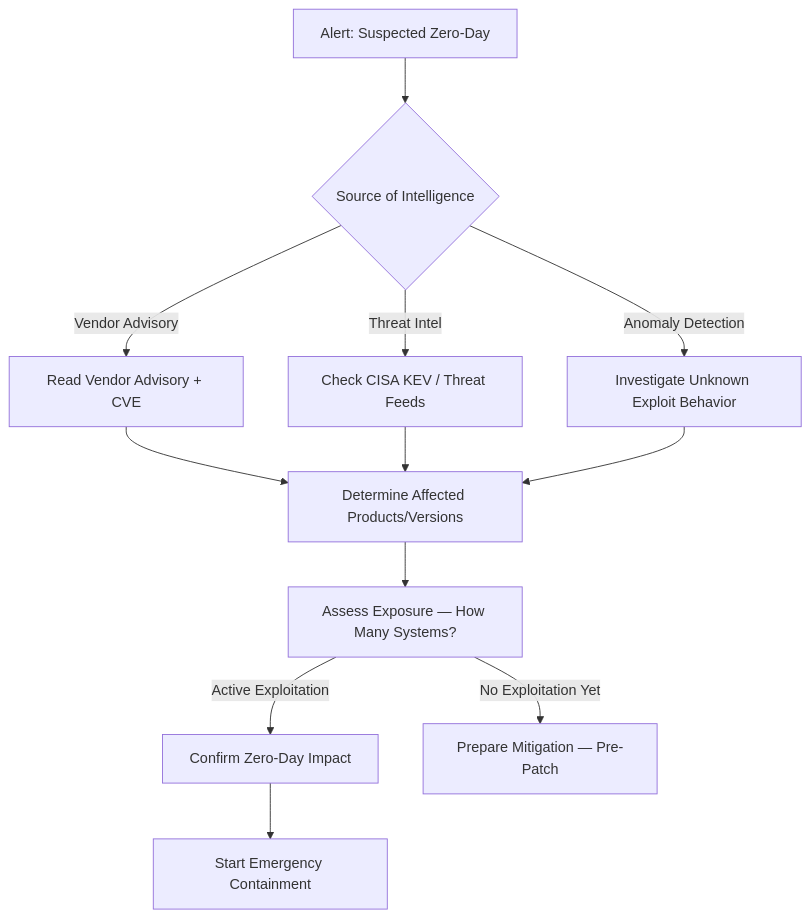
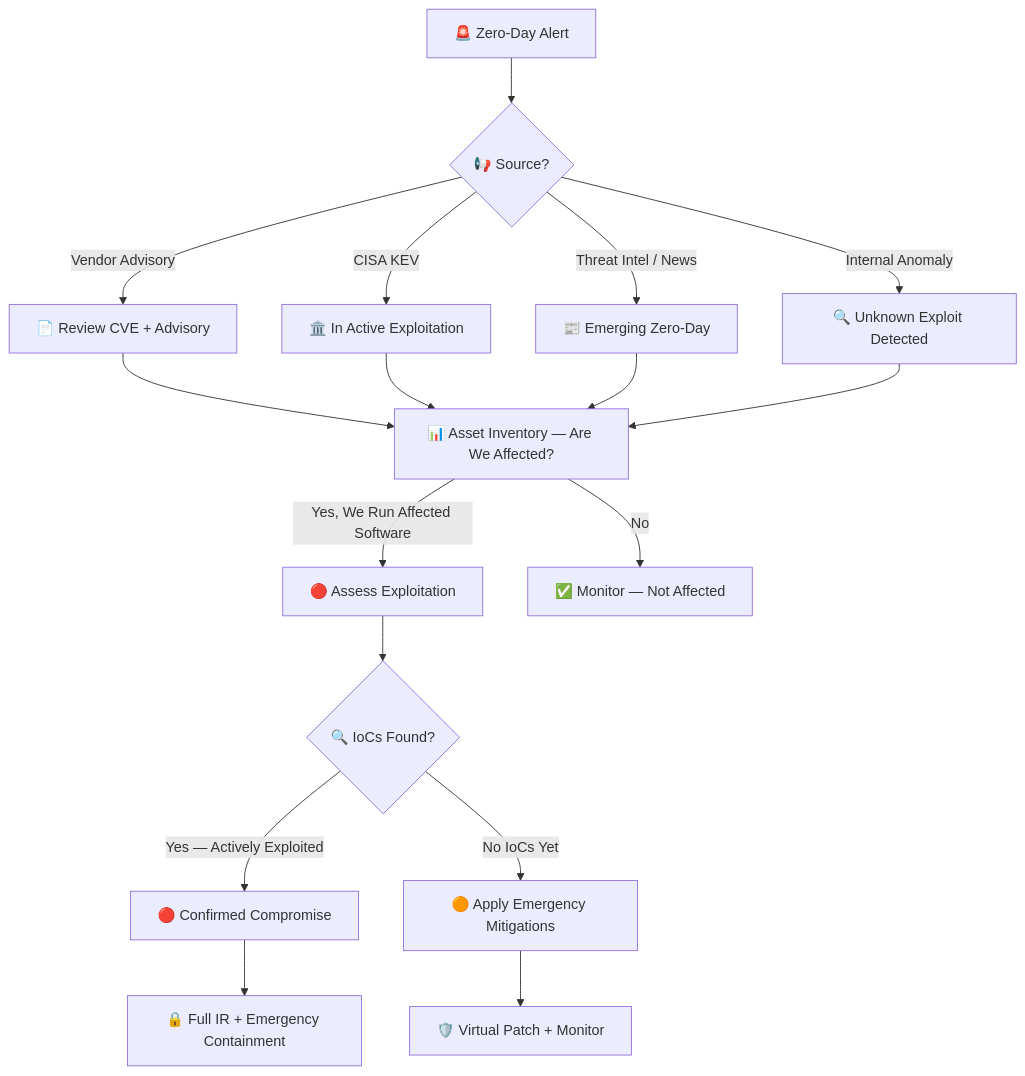
Before and after one commit to nutthakorn7/SOC-Standard-Operating-Procedures: the diagram in 05_Incident_Response/Playbooks/Zero_Day_Exploit.en.md, drawn with Mermaid. The commit also changed other lines of this file and 7 other files, not shown here.

````diff
--- a/05_Incident_Response/Playbooks/Zero_Day_Exploit.en.md
+++ b/05_Incident_Response/Playbooks/Zero_Day_Exploit.en.md
@@ -7,14 +14,19 @@
 ```mermaid
-flowchart TD
-    Start[Alert: Suspected Zero-Day] --> Source{Source of Intelligence}
-    Source --> |Vendor Advisory| Vendor[Read Vendor Advisory + CVE]
-    Source --> |Threat Intel| TI[Check CISA KEV / Threat Feeds]
-    Source --> |Anomaly Detection| Anomaly[Investigate Unknown Exploit Behavior]
-    Vendor --> Scope[Determine Affected Products/Versions]
-    TI --> Scope
-    Anomaly --> Scope
-    Scope --> Exposure[Assess Exposure — How Many Systems?]
-    Exposure --> |Active Exploitation| Confirm[Confirm Zero-Day Impact]
-    Exposure --> |No Exploitation Yet| Prep[Prepare Mitigation — Pre-Patch]
-    Confirm --> Contain[Start Emergency Containment]
+graph TD
+    Alert["🚨 Zero-Day Alert"] --> Source{"📢 Source?"}
+    Source -->|Vendor Advisory| Vendor["📄 Review CVE + Advisory"]
+    Source -->|CISA KEV| KEV["🏛️ In Active Exploitation"]
+    Source -->|Threat Intel / News| TI["📰 Emerging Zero-Day"]
+    Source -->|Internal Anomaly| Internal["🔍 Unknown Exploit Detected"]
+    Vendor --> Exposure["📊 Asset Inventory — Are We Affected?"]
+    KEV --> Exposure
+    TI --> Exposure
+    Internal --> Exposure
+    Exposure -->|Yes, We Run Affected Software| Affected["🔴 Assess Exploitation"]
+    Exposure -->|No| Safe["✅ Monitor — Not Affected"]
+    Affected --> IOC{"🔍 IoCs Found?"}
+    IOC -->|Yes — Actively Exploited| Compromised["🔴 Confirmed Compromise"]
+    IOC -->|No IoCs Yet| Mitigate["🟠 Apply Emergency Mitigations"]
+    Compromised --> FullIR["🔒 Full IR + Emergency Containment"]
+    Mitigate --> VPatch["🛡️ Virtual Patch + Monitor"]
 ```
````
